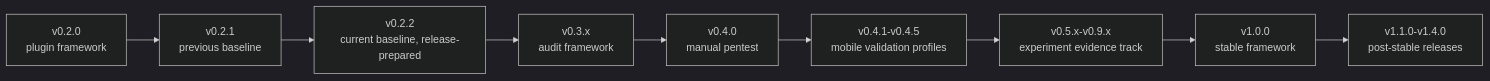
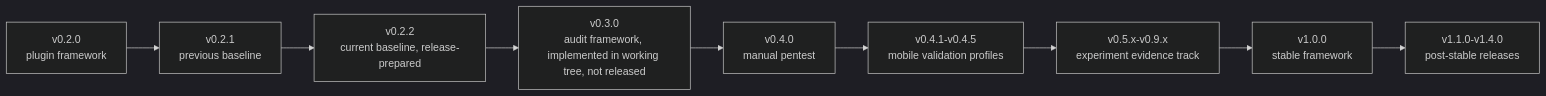
One commit to dailephd/my-dev-kit-lab changed the first of 2 diagrams in docs/ROADMAP.md. Above: the diagram before and after it, drawn with Mermaid (dark theme). The commit also changed other lines of this file and 82 other files, not shown here.

````diff
--- a/docs/ROADMAP.md
+++ b/docs/ROADMAP.md
@@ -9,11 +9,11 @@
 ```mermaid
 flowchart LR
   A[v0.2.0<br/>plugin framework] --> B[v0.2.1<br/>previous baseline]
   B --> C[v0.2.2<br/>current baseline, release-prepared]
-  C --> D[v0.3.x<br/>audit framework]
+  C --> D[v0.3.0<br/>audit framework, implemented in working tree, not released]
   D --> E[v0.4.0<br/>manual pentest]
   E --> F[v0.4.1-v0.4.5<br/>mobile validation profiles]
   F --> G[v0.5.x-v0.9.x<br/>experiment evidence track]
   G --> H[v1.0.0<br/>stable framework]
   H --> I[v1.1.0-v1.4.0<br/>post-stable releases]
 ```
````
